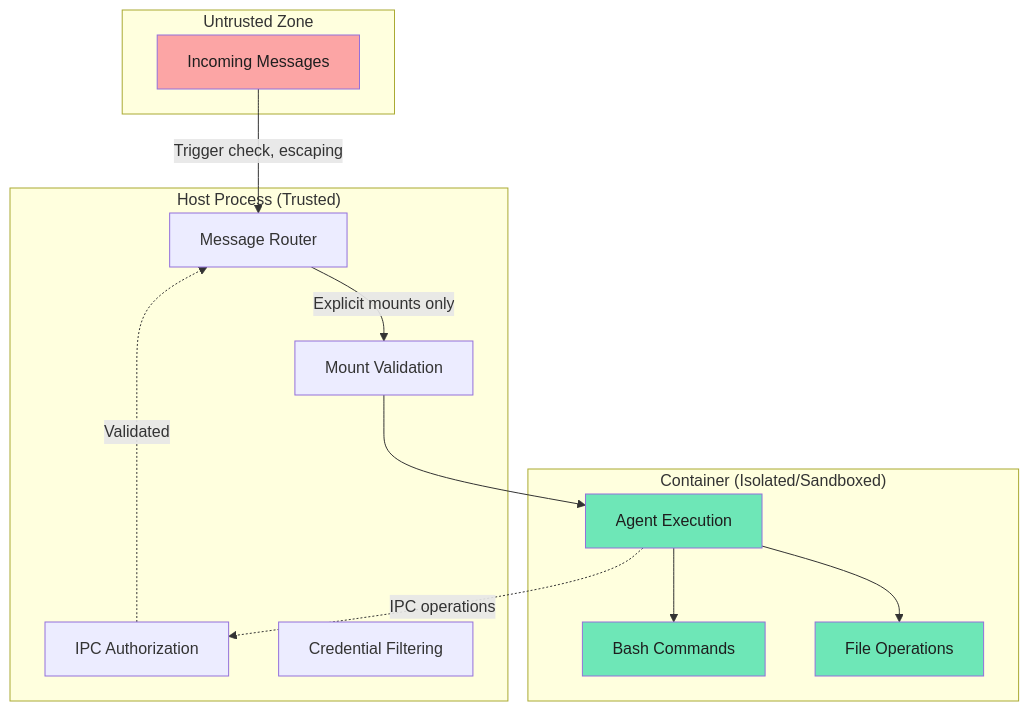
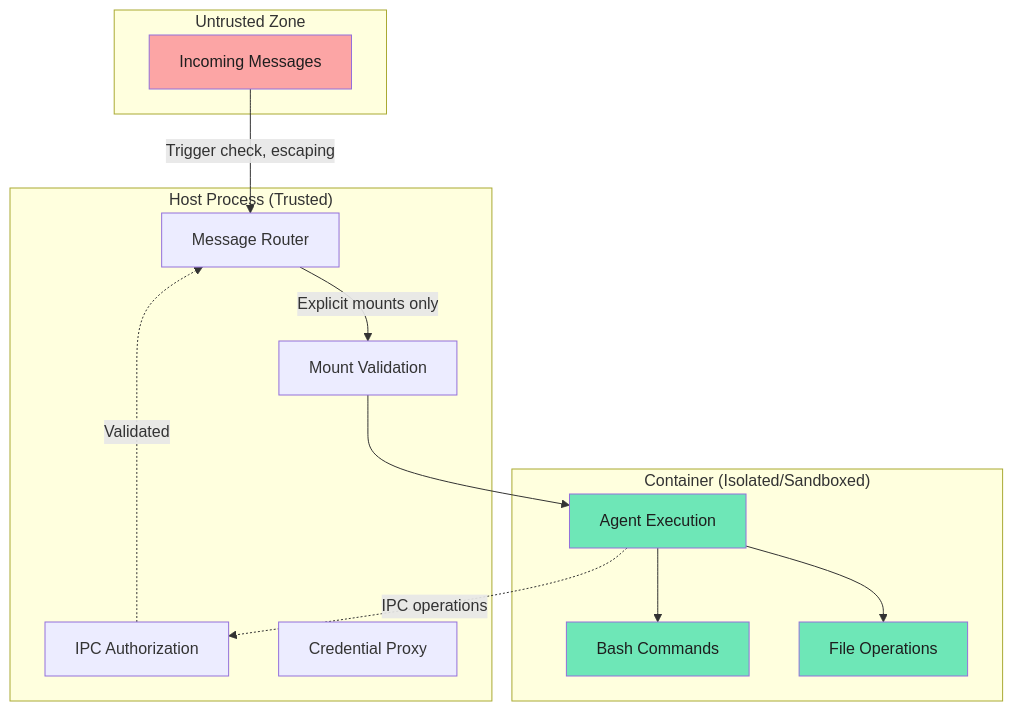
One commit to glifocat/nanoclaw-docs changed the diagram in concepts/security.mdx. Above: the diagram before and after it, drawn with Mermaid. The commit also changed other lines of this file and 12 other files, not shown here.

````diff
--- a/concepts/security.mdx
+++ b/concepts/security.mdx
@@ -36,32 +36,32 @@
 ```mermaid
 graph TB
     subgraph "Untrusted Zone"
         MSG[Incoming Messages]
     end
 
     subgraph "Host Process (Trusted)"
         RT[Message Router]
         IPC[IPC Authorization]
         MV[Mount Validation]
-        CF[Credential Filtering]
+        CF[Credential Proxy]
     end
 
     subgraph "Container (Isolated/Sandboxed)"
         AG[Agent Execution]
         BA[Bash Commands]
         FO[File Operations]
     end
 
     MSG -->|Trigger check, escaping| RT
     RT -->|Explicit mounts only| MV
     MV --> AG
     AG -.->|IPC operations| IPC
     IPC -.->|Validated| RT
     AG --> BA
     AG --> FO
 
     style MSG fill:#fca5a5,color:#1e1e1e
     style AG fill:#6ee7b7,color:#1e1e1e
     style BA fill:#6ee7b7,color:#1e1e1e
     style FO fill:#6ee7b7,color:#1e1e1e
 ```
````
